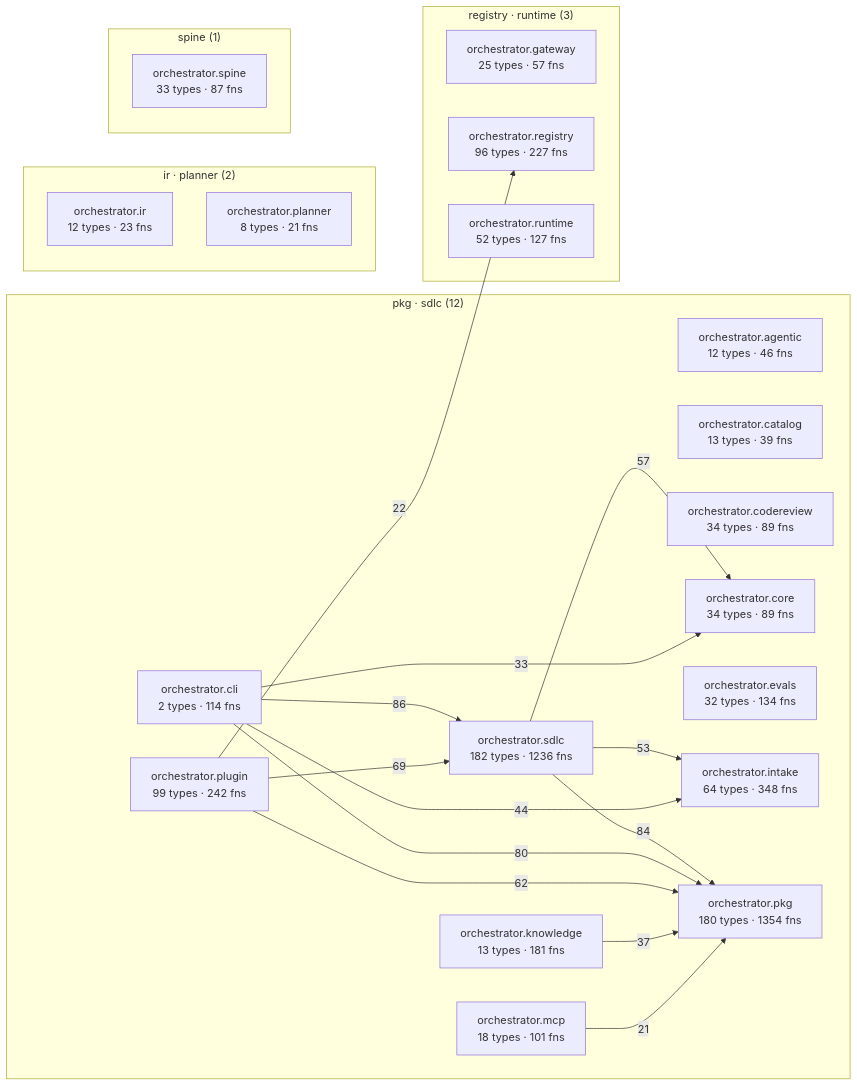
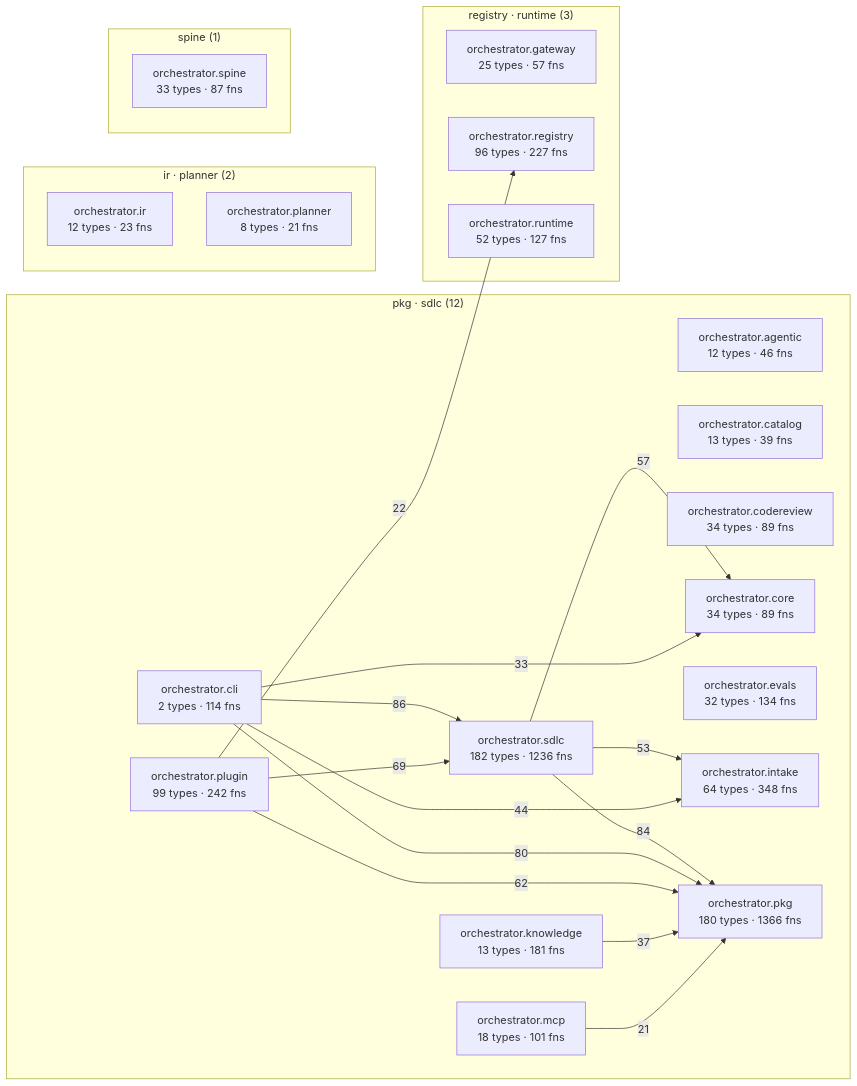
The diagram in episteme/architecture.md (synaptixs/spine), drawn with Mermaid before and after one commit. The commit also changed other lines of this file and 9 other files, not shown here.

````diff
--- a/episteme/architecture.md
+++ b/episteme/architecture.md
@@ -56,41 +56,41 @@
 ```mermaid
 flowchart LR
   subgraph c_2["pkg · sdlc (12)"]
     aorchestratoragentic["orchestrator.agentic<br/>12 types · 46 fns"]
     aorchestratorcatalog["orchestrator.catalog<br/>13 types · 39 fns"]
     aorchestratorcli["orchestrator.cli<br/>2 types · 114 fns"]
     aorchestratorcodereview["orchestrator.codereview<br/>34 types · 89 fns"]
     aorchestratorcore["orchestrator.core<br/>34 types · 89 fns"]
     aorchestratorevals["orchestrator.evals<br/>32 types · 134 fns"]
     aorchestratorintake["orchestrator.intake<br/>64 types · 348 fns"]
     aorchestratorknowledge["orchestrator.knowledge<br/>13 types · 181 fns"]
     aorchestratormcp["orchestrator.mcp<br/>18 types · 101 fns"]
-    aorchestratorpkg["orchestrator.pkg<br/>180 types · 1354 fns"]
+    aorchestratorpkg["orchestrator.pkg<br/>180 types · 1366 fns"]
     aorchestratorplugin["orchestrator.plugin<br/>99 types · 242 fns"]
     aorchestratorsdlc["orchestrator.sdlc<br/>182 types · 1236 fns"]
   end
   subgraph c_5["registry · runtime (3)"]
     aorchestratorgateway["orchestrator.gateway<br/>25 types · 57 fns"]
     aorchestratorregistry["orchestrator.registry<br/>96 types · 227 fns"]
     aorchestratorruntime["orchestrator.runtime<br/>52 types · 127 fns"]
   end
   subgraph c_7["ir · planner (2)"]
     aorchestratorir["orchestrator.ir<br/>12 types · 23 fns"]
     aorchestratorplanner["orchestrator.planner<br/>8 types · 21 fns"]
   end
   subgraph c_12["spine (1)"]
     aorchestratorspine["orchestrator.spine<br/>33 types · 87 fns"]
   end
   aorchestratorcli -->|86| aorchestratorsdlc
   aorchestratorsdlc -->|84| aorchestratorpkg
   aorchestratorcli -->|80| aorchestratorpkg
   aorchestratorplugin -->|69| aorchestratorsdlc
   aorchestratorplugin -->|62| aorchestratorpkg
   aorchestratorsdlc -->|57| aorchestratorcore
   aorchestratorsdlc -->|53| aorchestratorintake
   aorchestratorcli -->|44| aorchestratorintake
   aorchestratorknowledge -->|37| aorchestratorpkg
   aorchestratorcli -->|33| aorchestratorcore
   aorchestratorplugin -->|22| aorchestratorregistry
   aorchestratormcp -->|21| aorchestratorpkg
 ```
````
